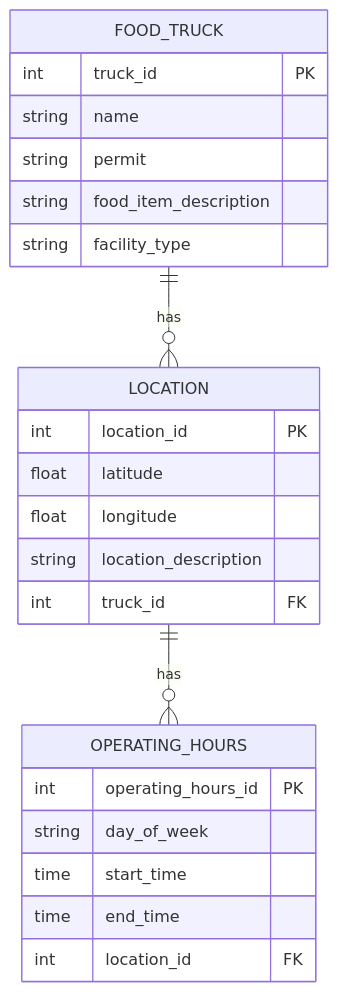
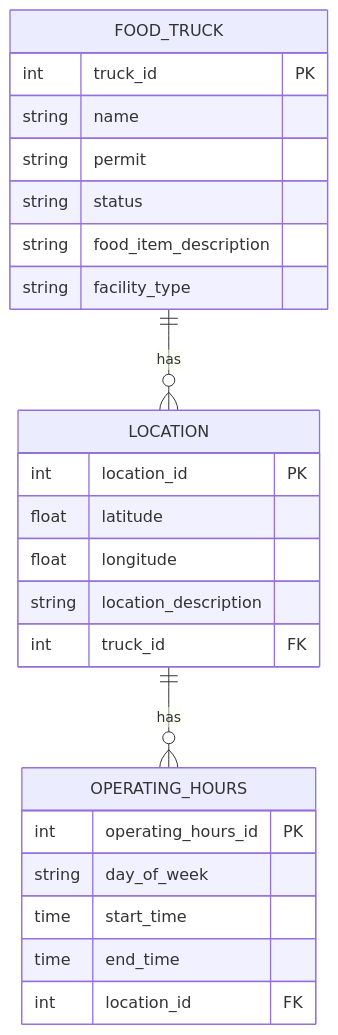
The diagram in README.md (Anticks/FoodTrucker), drawn with Mermaid before and after one commit. The commit also changed other lines of this file, not shown here.

````diff
--- a/README.md
+++ b/README.md
@@ -16,30 +16,31 @@
 ```mermaid
 erDiagram
     FOOD_TRUCK {
         int truck_id PK
         string name
         string permit
+        string status
         string food_item_description
         string facility_type
     }
 
     LOCATION {
         int location_id PK
         float latitude
         float longitude
         string location_description
         int truck_id FK
     }
 
     OPERATING_HOURS {
         int operating_hours_id PK
         string day_of_week
         time start_time
         time end_time
         int location_id FK
     }
 
     FOOD_TRUCK ||--o{ LOCATION : has
     LOCATION ||--o{ OPERATING_HOURS : has
 
 ```
````
